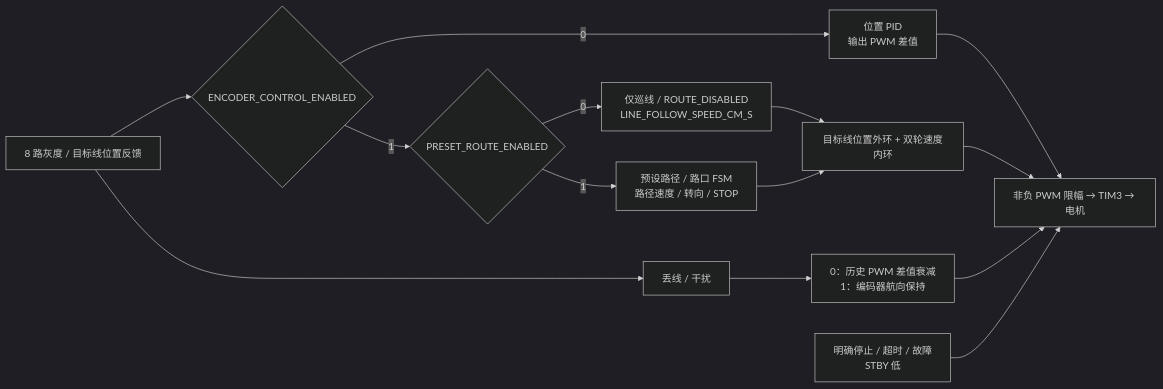
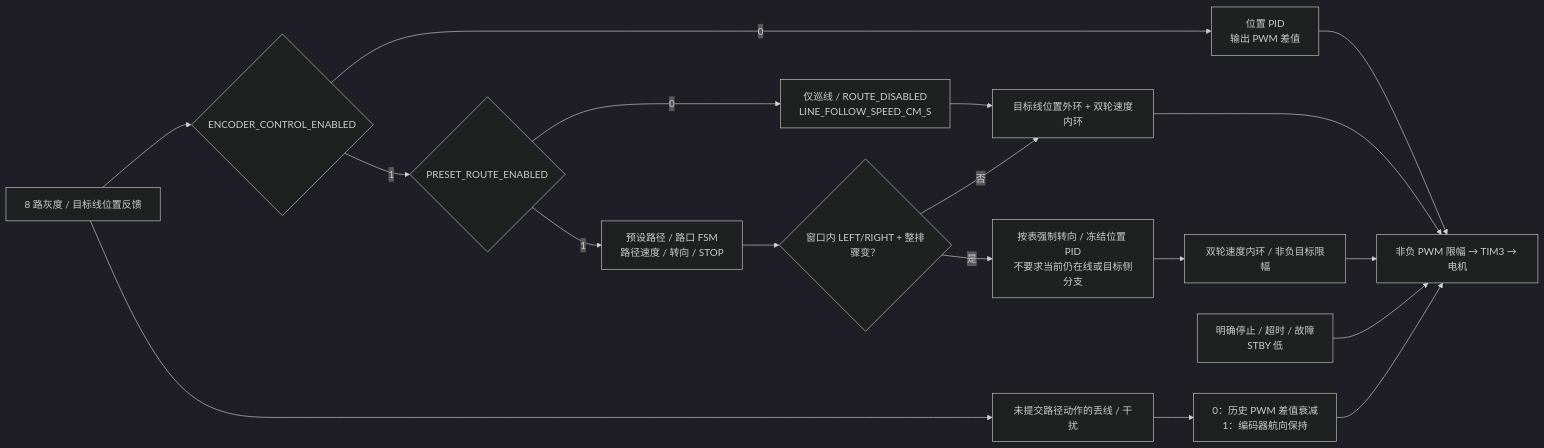
The first of 3 diagrams in README.md (Nailong-Corporation/car_stm32_school_competition), drawn with Mermaid (dark theme) before and after one commit. The commit also changed other lines of this file and 24 other files, not shown here.

````diff
--- a/README.md
+++ b/README.md
@@ -91,16 +99,20 @@
 ```mermaid
 flowchart LR
     GPIO["8 路灰度 / 目标线位置反馈"] --> SELECT{"ENCODER_CONTROL_ENABLED"}
     SELECT -->|0| POSITION["位置 PID<br/>输出 PWM 差值"]
     POSITION --> PWM["非负 PWM 限幅 → TIM3 → 电机"]
     SELECT -->|1| ROUTE{"PRESET_ROUTE_ENABLED"}
     ROUTE -->|0| ONLY["仅巡线 / ROUTE_DISABLED<br/>LINE_FOLLOW_SPEED_CM_S"]
     ROUTE -->|1| TABLE["预设路径 / 路口 FSM<br/>路径速度 / 转向 / STOP"]
     ONLY --> CASCADE["目标线位置外环 + 双轮速度内环"]
-    TABLE --> CASCADE
+    TABLE --> PRIORITY{"窗口内 LEFT/RIGHT + 整排骤变？"}
+    PRIORITY -->|否| CASCADE
+    PRIORITY -->|是| FORCED["按表强制转向 / 冻结位置 PID<br/>不要求当前仍在线或目标侧分支"]
+    FORCED --> INNER["双轮速度内环 / 非负目标限幅"]
+    INNER --> PWM
     CASCADE --> PWM
-    GPIO --> BAD["丢线 / 干扰"]
+    GPIO --> BAD["未提交路径动作的丢线 / 干扰"]
     BAD --> HOLD["0：历史 PWM 差值衰减<br/>1：编码器航向保持"]
     HOLD --> PWM
     STOP["明确停止 / 超时 / 故障<br/>STBY 低"] --> PWM
 ```
````
